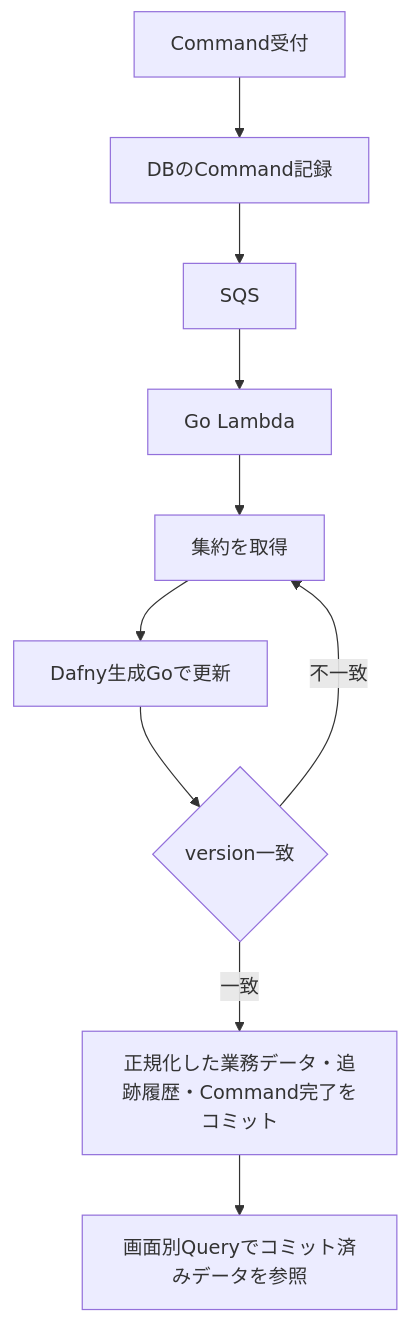
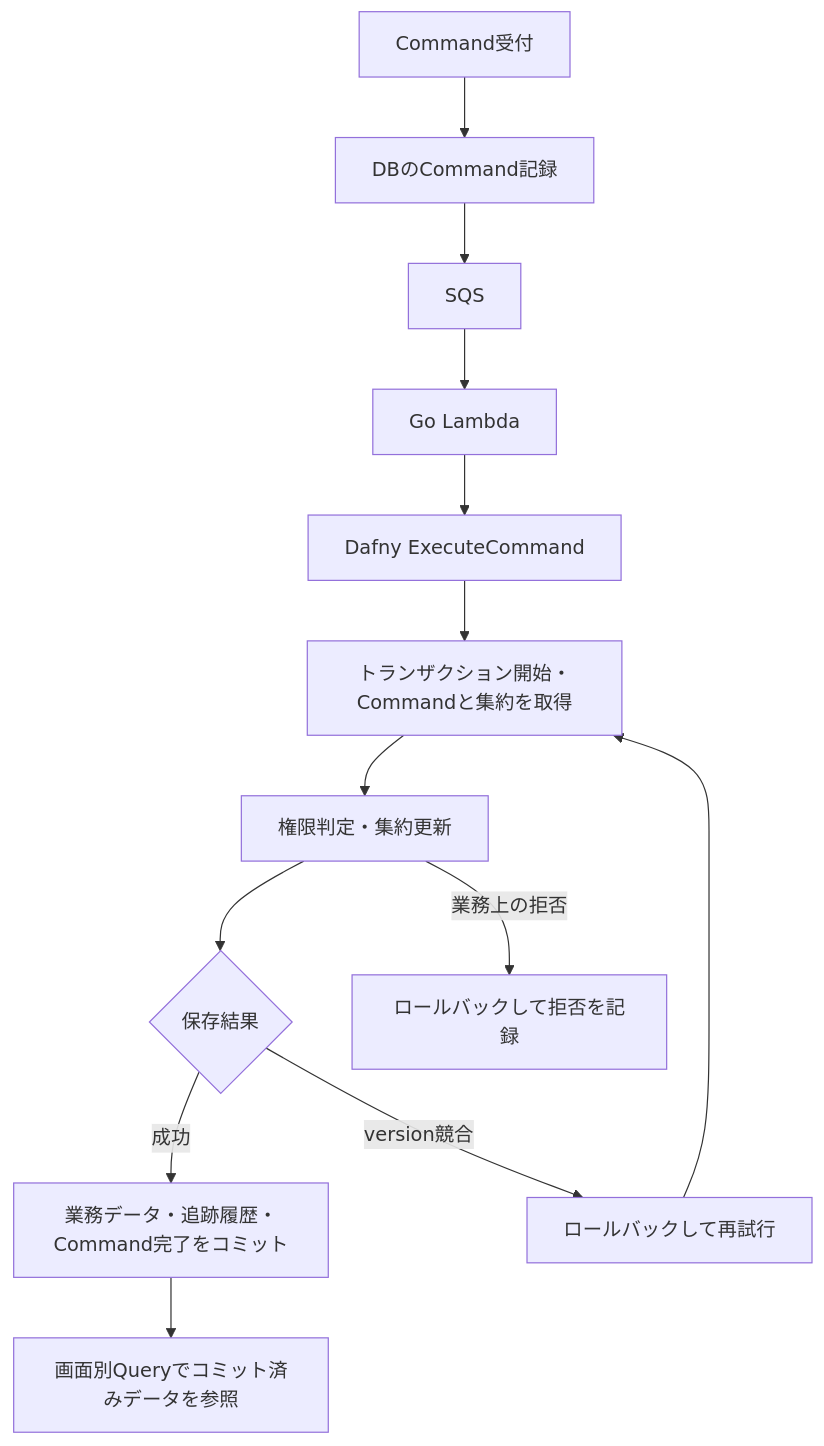
Before and after one commit to t-kuni/ddd-formal-example: the second of 2 diagrams in docs/workflow.md, drawn with Mermaid. The commit also changed other lines of this file and 14 other files, not shown here.

````diff
--- a/docs/workflow.md
+++ b/docs/workflow.md
@@ -88,12 +88,15 @@
 ```mermaid
 flowchart TB
  C["Command受付"] --> Q["DBのCommand記録"]
  Q --> S["SQS"]
  S --> L["Go Lambda"]
- L --> D["集約を取得"]
- D --> F["Dafny生成Goで更新"]
- F --> V{"version一致"}
- V -->|一致| T["正規化した業務データ・追跡履歴・Command完了をコミット"]
- V -->|不一致| D
+ L --> E["Dafny ExecuteCommand"]
+ E --> D["トランザクション開始・Commandと集約を取得"]
+ D --> F["権限判定・集約更新"]
+ F --> V{"保存結果"}
+ V -->|成功| T["業務データ・追跡履歴・Command完了をコミット"]
+ V -->|version競合| R["ロールバックして再試行"]
+ R --> D
+ F -->|業務上の拒否| J["ロールバックして拒否を記録"]
  T --> P["画面別Queryでコミット済みデータを参照"]
 ```
````
